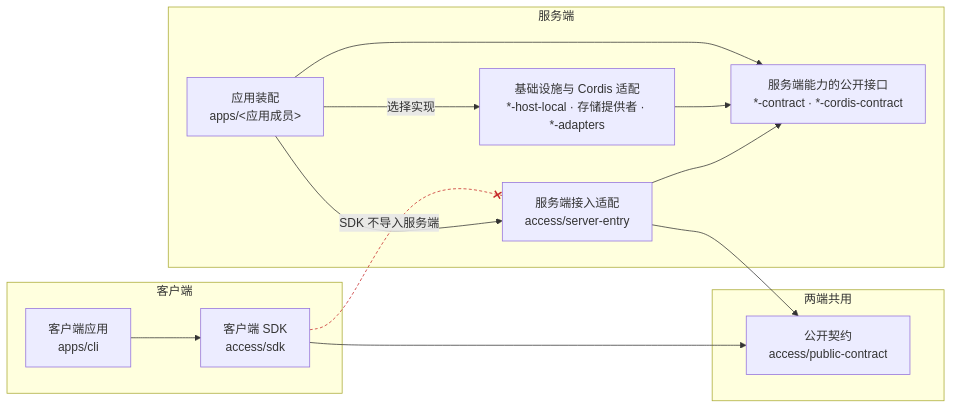
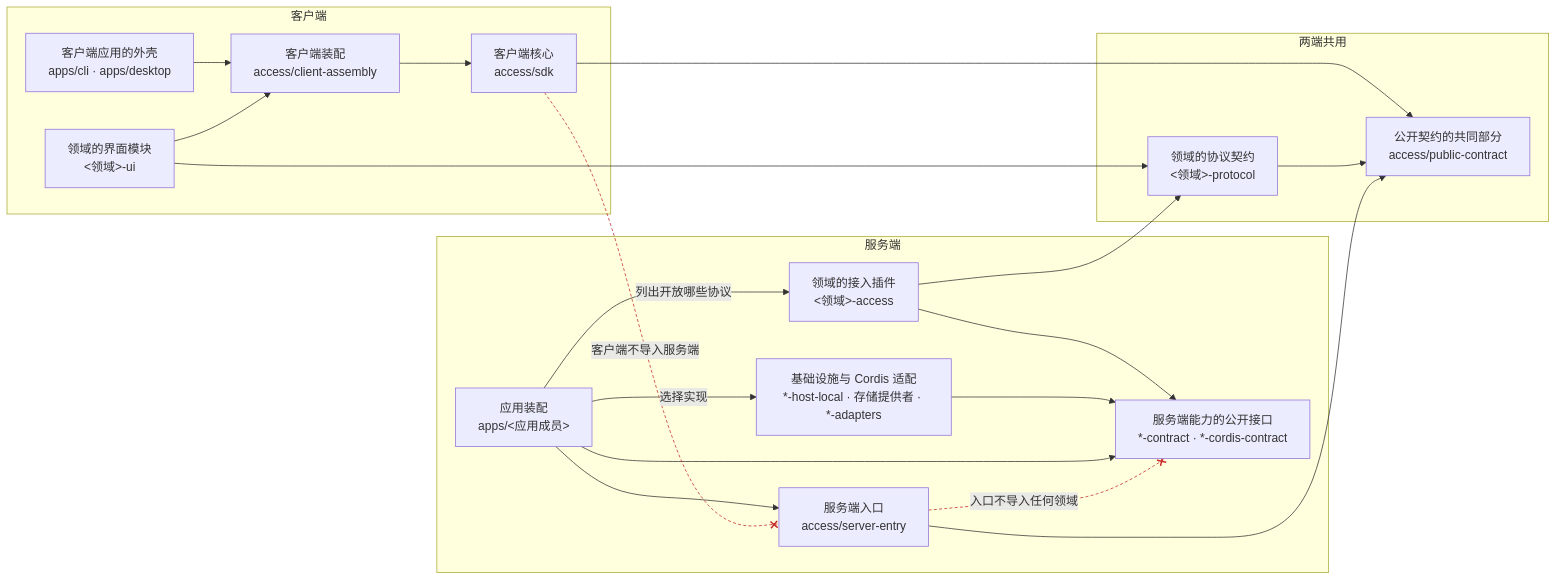
The third of 4 diagrams in docs/orientation.md (nemori-ai/omne-harness-lite), drawn with Mermaid before and after one commit. The commit also changed other lines of this file and 22 other files, not shown here.

First line of the commit message:
docs(agents): 根入口加两张最简图与心智模型要点，心智模型做成技能 domain-mental-models（#1211）

````diff
--- a/docs/orientation.md
+++ b/docs/orientation.md
@@ -180,28 +180,39 @@
 ```mermaid
 flowchart LR
   subgraph clientSide["客户端"]
-    app["客户端应用<br/>apps/cli"]
-    sdk["客户端 SDK<br/>access/sdk"]
+    app["客户端应用的外壳<br/>apps/cli · apps/desktop"]
+    uimod["领域的界面模块<br/>#lt;领域#gt;-ui"]
+    casm["客户端装配<br/>access/client-assembly"]
+    ccore["客户端核心<br/>access/sdk"]
   end
   subgraph shared["两端共用"]
-    pub["公开契约<br/>access/public-contract"]
+    proto["领域的协议契约<br/>#lt;领域#gt;-protocol"]
+    pub["公开契约的共同部分<br/>access/public-contract"]
   end
   subgraph serverSide["服务端"]
-    edge["服务端接入适配<br/>access/server-entry"]
+    edge["服务端入口<br/>access/server-entry"]
+    aplugin["领域的接入插件<br/>#lt;领域#gt;-access"]
     core["服务端能力的公开接口<br/>*-contract · *-cordis-contract"]
     adapter["基础设施与 Cordis 适配<br/>*-host-local · 存储提供者 · *-adapters"]
     asm["应用装配<br/>apps/#lt;应用成员#gt;"]
   end
 
-  app --> sdk
-  sdk --> pub
+  app --> casm
+  uimod --> casm
+  uimod --> proto
+  casm --> ccore
+  ccore --> pub
+  proto --> pub
   edge --> pub
-  edge --> core
+  aplugin --> proto
+  aplugin --> core
   adapter --> core
   asm --> core
   asm -->|"选择实现"| adapter
   asm --> edge
-  sdk --x|"SDK 不导入服务端"| edge
+  asm -->|"列出开放哪些协议"| aplugin
+  ccore --x|"客户端不导入服务端"| edge
+  edge --x|"入口不导入任何领域"| core
 
-  linkStyle 8 stroke:#c62828,stroke-dasharray:4 3
+  linkStyle 14,15 stroke:#c62828,stroke-dasharray:4 3
 ```
````
